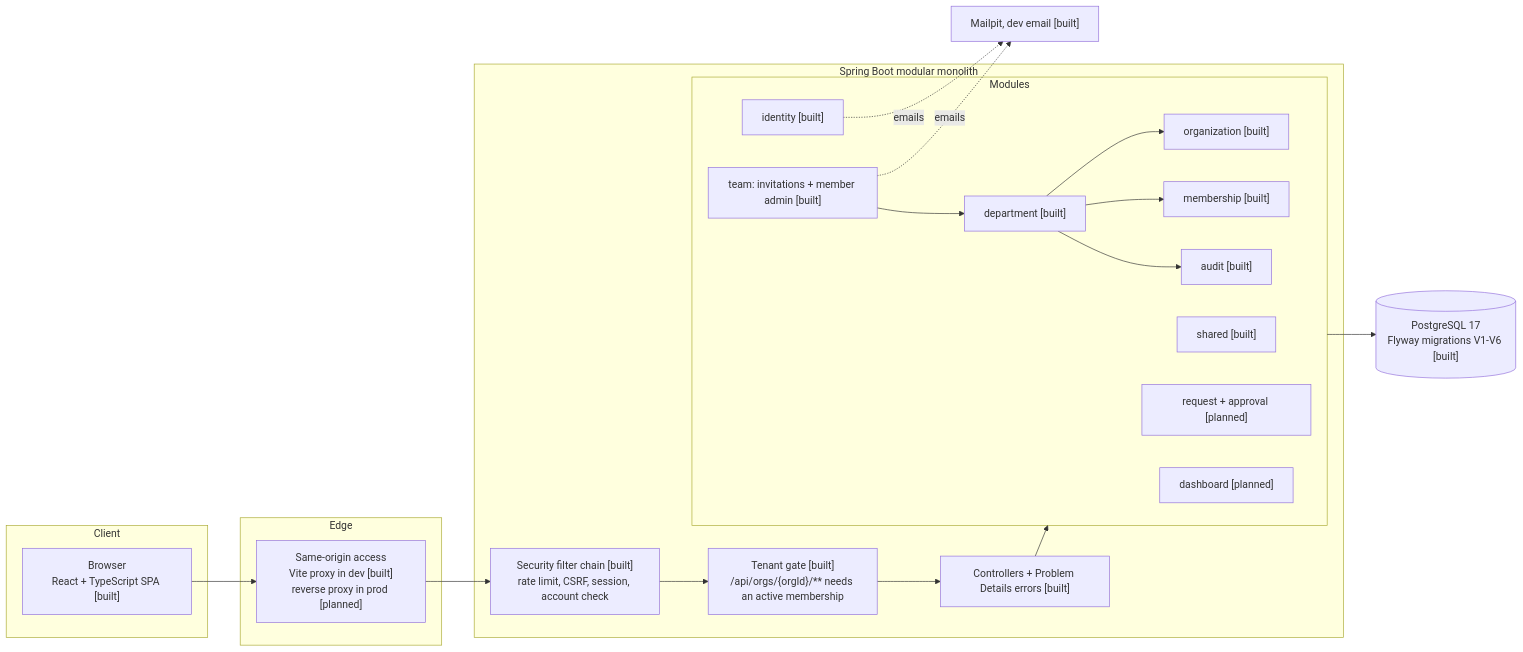
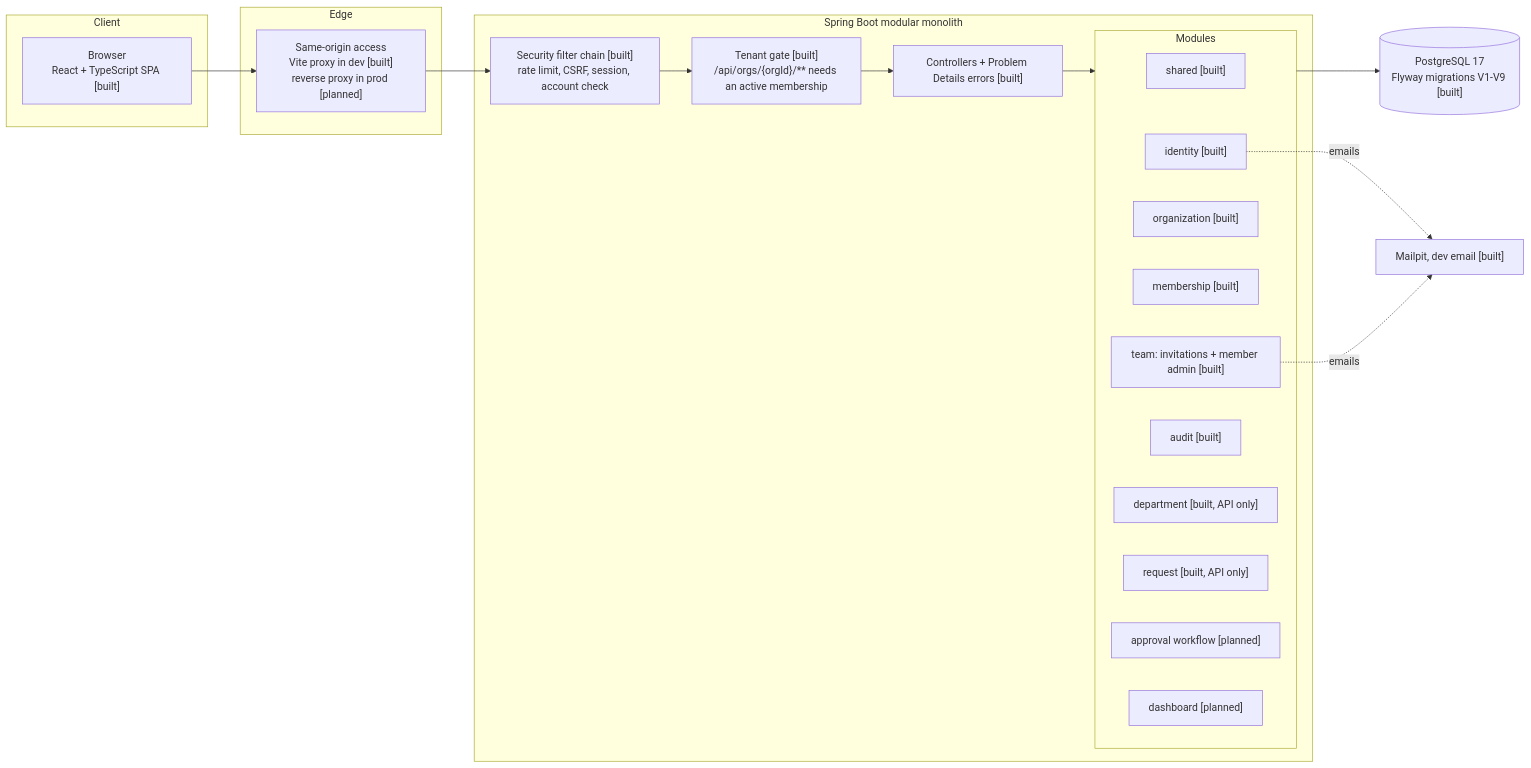
Before and after one commit to youssef-naj/nexus: the first of 2 diagrams in docs/architecture.md, drawn with Mermaid. The commit also changed other lines of this file and 35 other files, not shown here.

Commit message:
feat(request): service requests with per-organization references, visibility rules, editing and search

````diff
--- a/docs/architecture.md
+++ b/docs/architecture.md
@@ -9,36 +9,33 @@
 ```mermaid
 flowchart LR
-    subgraph Client
-        B["Browser<br/>React + TypeScript SPA [built]"]
+  subgraph Client
+    B["Browser<br/>React + TypeScript SPA [built]"]
+  end
+  subgraph Edge
+    P["Same-origin access<br/>Vite proxy in dev [built]<br/>reverse proxy in prod [planned]"]
+  end
+  subgraph App["Spring Boot modular monolith"]
+    SEC["Security filter chain [built]<br/>rate limit, CSRF, session, account check"]
+    GATE["Tenant gate [built]<br/>/api/orgs/{orgId}/** needs an active membership"]
+    API["Controllers + Problem Details errors [built]"]
+    subgraph Modules
+      SH["shared [built]"]
+      ID["identity [built]"]
+      ORG["organization [built]"]
+      MEM["membership [built]"]
+      TEAM["team: invitations + member admin [built]"]
+      AUD["audit [built]"]
+      DEP["department [built, API only]"]
+      REQ["request [built, API only]"]
+      APP["approval workflow [planned]"]
+      DASH["dashboard [planned]"]
     end
-    subgraph Edge
-        P["Same-origin access<br/>Vite proxy in dev [built]<br/>reverse proxy in prod [planned]"]
-    end
-    subgraph App["Spring Boot modular monolith"]
-        SEC["Security filter chain [built]<br/>rate limit, CSRF, session, account check"]
-        GATE["Tenant gate [built]<br/>/api/orgs/{orgId}/** needs an active membership"]
-        API["Controllers + Problem Details errors [built]"]
-        subgraph Modules
-            SH["shared [built]"]
-            ID["identity [built]"]
-            ORG["organization [built]"]
-            MEM["membership [built]"]
-            TEAM["team: invitations + member admin [built]"]
-            AUD["audit [built]"]
-            DEP["department [built]"]
-            REQ["request + approval [planned]"]
-            DASH["dashboard [planned]"]
-        end
-    end
-    DB[("PostgreSQL 17<br/>Flyway migrations V1-V6 [built]")]
-    MAIL["Mailpit, dev email [built]"]
+  end
+  DB[("PostgreSQL 17<br/>Flyway migrations V1-V9 [built]")]
+  MAIL["Mailpit, dev email [built]"]
 
-    B --> P --> SEC --> GATE --> API --> Modules
-    Modules --> DB
-    ID -. emails .-> MAIL
-    TEAM -. emails .-> MAIL
-    DEP --> ORG
-    DEP --> MEM
-    DEP --> AUD
-    TEAM --> DEP
+  B --> P --> SEC --> GATE --> API --> Modules
+  Modules --> DB
+  ID -. emails .-> MAIL
+  TEAM -. emails .-> MAIL
 ```
````
